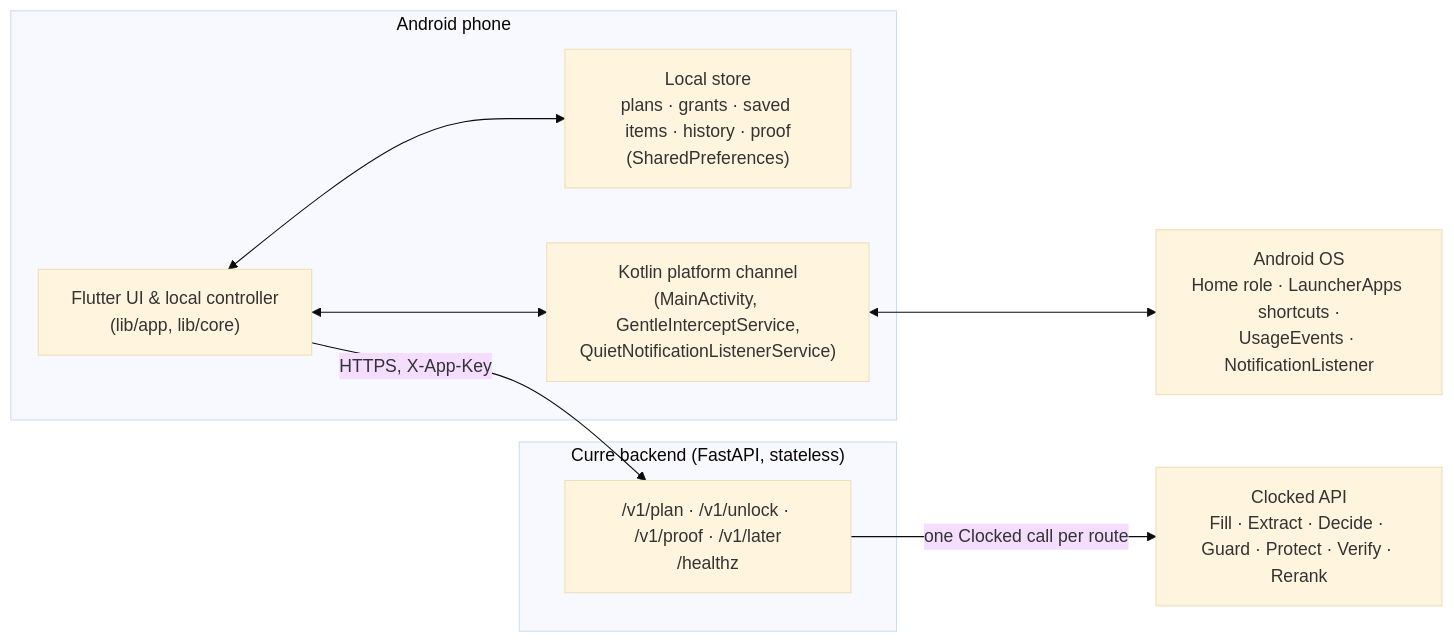
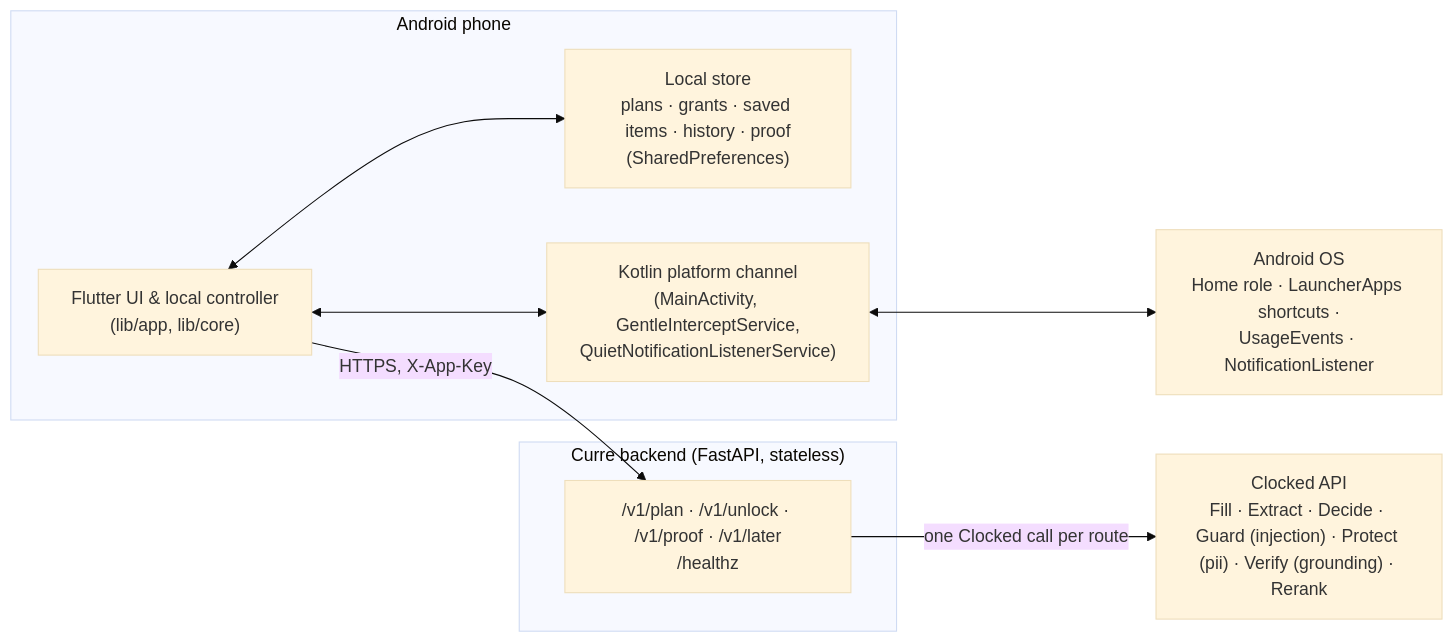
One commit to MI-TECHDLIN/curre changed the diagram in README.md. Above: the diagram before and after it, drawn with Mermaid (base theme). The commit also changed other lines of this file and 4 other files, not shown here.

````diff
--- a/README.md
+++ b/README.md
@@ -377,22 +385,22 @@
 ```mermaid
 flowchart LR
     subgraph Phone["Android phone"]
         UI["Flutter UI & local controller\n(lib/app, lib/core)"]
         Store["Local store\nplans · grants · saved items · history · proof\n(SharedPreferences)"]
         Kotlin["Kotlin platform channel\n(MainActivity, GentleInterceptService,\nQuietNotificationListenerService)"]
     end
 
     Android["Android OS\nHome role · LauncherApps shortcuts ·\nUsageEvents · NotificationListener"]
 
     subgraph Backend["Curre backend (FastAPI, stateless)"]
         Routes["/v1/plan · /v1/unlock · /v1/proof · /v1/later\n/healthz"]
     end
 
-    Clocked["Clocked API\nFill · Extract · Decide · Guard · Protect · Verify · Rerank"]
+    Clocked["Clocked API\nFill · Extract · Decide · Guard (injection) · Protect (pii) · Verify (grounding) · Rerank"]
 
     UI <--> Store
     UI <--> Kotlin
     Kotlin <--> Android
     UI -- "HTTPS, X-App-Key" --> Routes
     Routes -- "one Clocked call per route" --> Clocked
 ```
````
